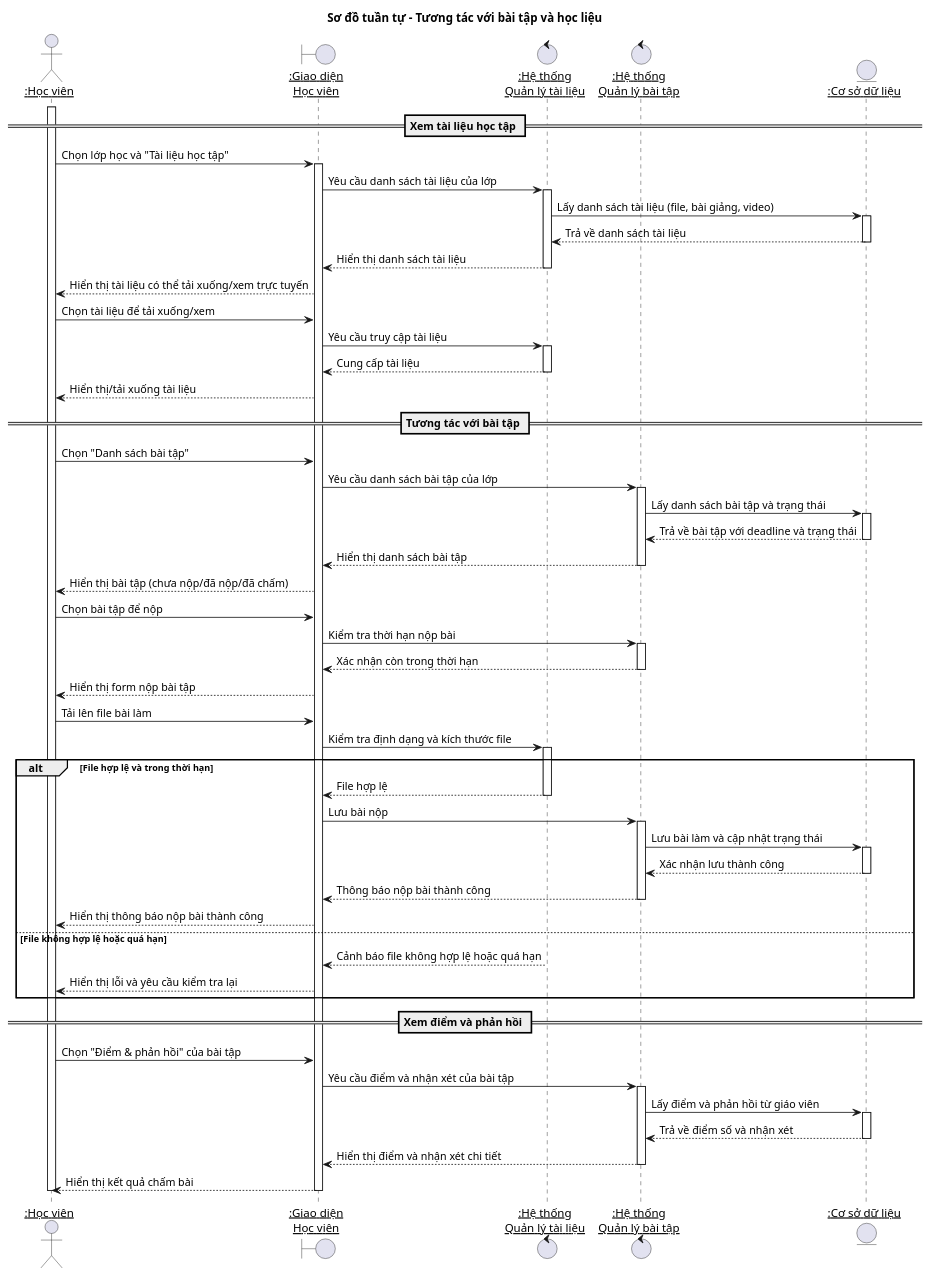
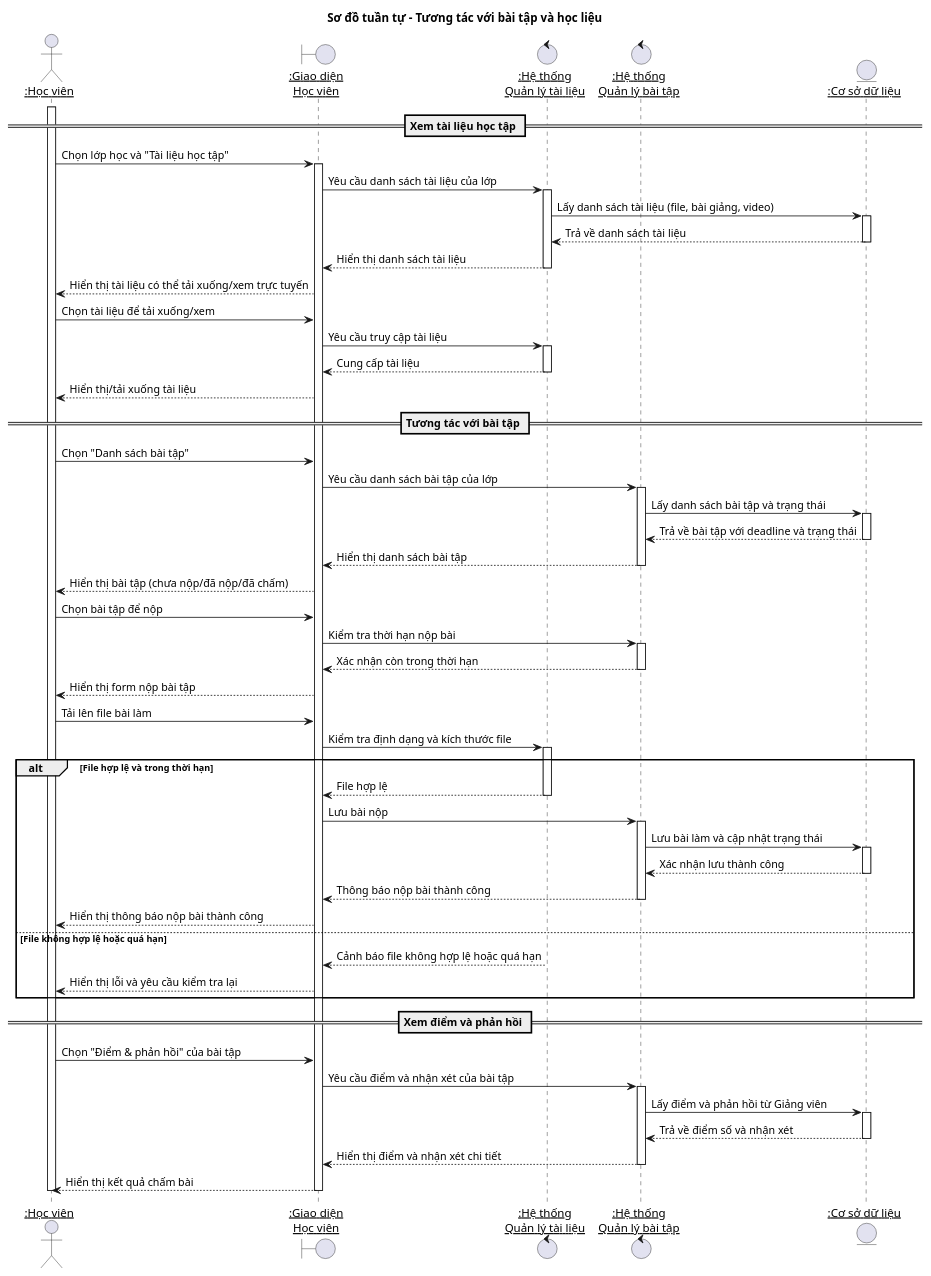
Before and after one commit to pTBgH/pttkht: the diagram in sqd/tuongtacvoibaitapvahoclieu.puml, drawn with PlantUML. The commit also changed 23 other files, not shown here.

```diff
--- a/sqd/tuongtacvoibaitapvahoclieu.puml
+++ b/sqd/tuongtacvoibaitapvahoclieu.puml
@@ -1,90 +1,90 @@
 @startuml
 title Sơ đồ tuần tự - Tương tác với bài tập và học liệu
 
 skinparam participantPadding 20
 skinparam boxPadding 10
 
 actor "<u>:Học viên" as Student
 boundary "<u>:Giao diện\n<u>Học viên" as UI
 control "<u>:Hệ thống\n<u>Quản lý tài liệu" as DocumentSystem
 control "<u>:Hệ thống\n<u>Quản lý bài tập" as AssignmentSystem
 entity "<u>:Cơ sở dữ liệu" as DB
 
 == Xem tài liệu học tập ==
 activate Student
 Student -> UI: Chọn lớp học và "Tài liệu học tập"
 activate UI
 UI -> DocumentSystem: Yêu cầu danh sách tài liệu của lớp
 activate DocumentSystem
 DocumentSystem -> DB: Lấy danh sách tài liệu (file, bài giảng, video)
 activate DB
 DB --> DocumentSystem: Trả về danh sách tài liệu
 deactivate DB
 DocumentSystem --> UI: Hiển thị danh sách tài liệu
 deactivate DocumentSystem
 UI --> Student: Hiển thị tài liệu có thể tải xuống/xem trực tuyến
 
 Student -> UI: Chọn tài liệu để tải xuống/xem
 UI -> DocumentSystem: Yêu cầu truy cập tài liệu
 activate DocumentSystem
 DocumentSystem --> UI: Cung cấp tài liệu
 deactivate DocumentSystem
 UI --> Student: Hiển thị/tải xuống tài liệu
 
 == Tương tác với bài tập ==
 Student -> UI: Chọn "Danh sách bài tập"
 UI -> AssignmentSystem: Yêu cầu danh sách bài tập của lớp
 activate AssignmentSystem
 AssignmentSystem -> DB: Lấy danh sách bài tập và trạng thái
 activate DB
 DB --> AssignmentSystem: Trả về bài tập với deadline và trạng thái
 deactivate DB
 AssignmentSystem --> UI: Hiển thị danh sách bài tập
 deactivate AssignmentSystem
 UI --> Student: Hiển thị bài tập (chưa nộp/đã nộp/đã chấm)
 
 Student -> UI: Chọn bài tập để nộp
 UI -> AssignmentSystem: Kiểm tra thời hạn nộp bài
 activate AssignmentSystem
 AssignmentSystem --> UI: Xác nhận còn trong thời hạn
 deactivate AssignmentSystem
 UI --> Student: Hiển thị form nộp bài tập
 
 Student -> UI: Tải lên file bài làm
 UI -> DocumentSystem: Kiểm tra định dạng và kích thước file
 activate DocumentSystem
 
 alt File hợp lệ và trong thời hạn
     DocumentSystem --> UI: File hợp lệ
     deactivate DocumentSystem
     UI -> AssignmentSystem: Lưu bài nộp
     activate AssignmentSystem
     AssignmentSystem -> DB: Lưu bài làm và cập nhật trạng thái
     activate DB
     DB --> AssignmentSystem: Xác nhận lưu thành công
     deactivate DB
     AssignmentSystem --> UI: Thông báo nộp bài thành công
     deactivate AssignmentSystem
     UI --> Student: Hiển thị thông báo nộp bài thành công
 else File không hợp lệ hoặc quá hạn
     DocumentSystem --> UI: Cảnh báo file không hợp lệ hoặc quá hạn
     deactivate DocumentSystem
     UI --> Student: Hiển thị lỗi và yêu cầu kiểm tra lại
 end
 
 == Xem điểm và phản hồi ==
 Student -> UI: Chọn "Điểm & phản hồi" của bài tập
 UI -> AssignmentSystem: Yêu cầu điểm và nhận xét của bài tập
 activate AssignmentSystem
-AssignmentSystem -> DB: Lấy điểm và phản hồi từ giáo viên
+AssignmentSystem -> DB: Lấy điểm và phản hồi từ Giảng viên
 activate DB
 DB --> AssignmentSystem: Trả về điểm số và nhận xét
 deactivate DB
 AssignmentSystem --> UI: Hiển thị điểm và nhận xét chi tiết
 deactivate AssignmentSystem
 UI --> Student: Hiển thị kết quả chấm bài
 
 deactivate UI
 deactivate Student
 
 @enduml
```
